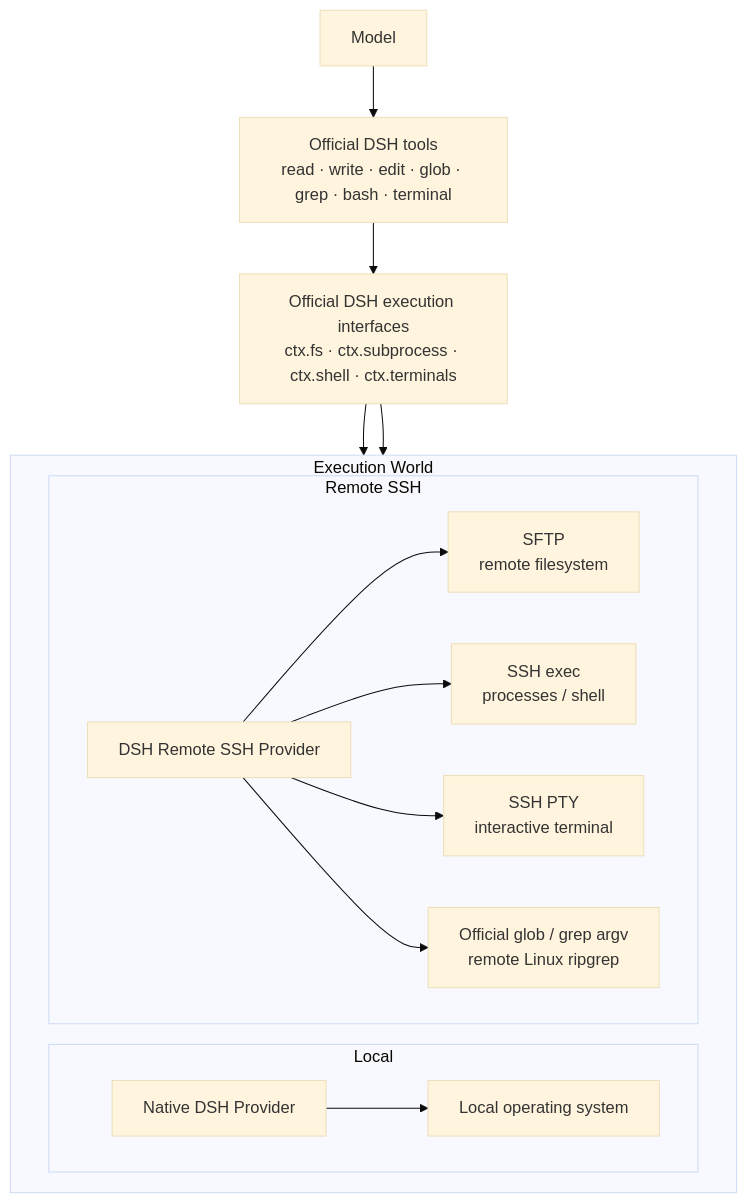
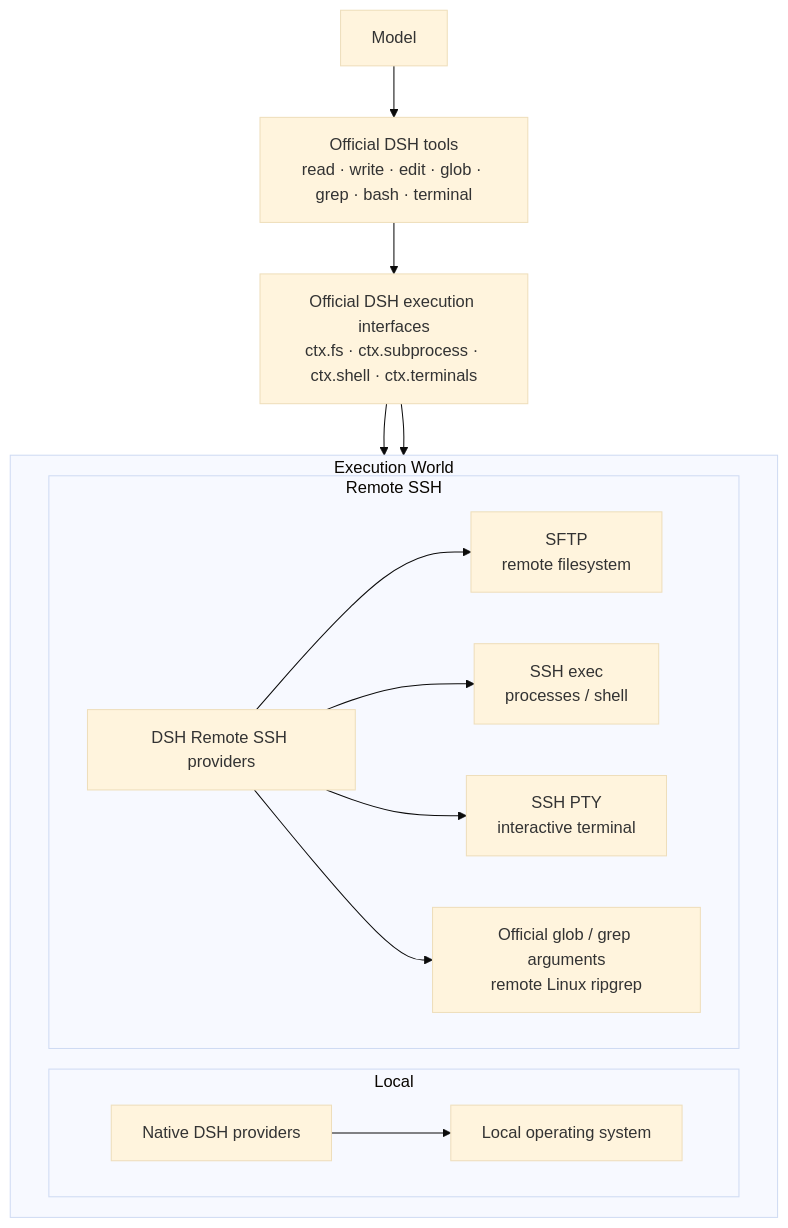
One commit to NaNQiQ/DeepSeek-Harness-remote-ssh changed the diagram in README.md. Above: the diagram before and after it, drawn with Mermaid (base theme). The commit also changed other lines of this file and 10 other files, not shown here.

````diff
--- a/README.md
+++ b/README.md
@@ -89,34 +47,34 @@
 ```mermaid
 flowchart TB
     M[Model]
     T[Official DSH tools<br/>read · write · edit · glob · grep · bash · terminal]
     I[Official DSH execution interfaces<br/>ctx.fs · ctx.subprocess · ctx.shell · ctx.terminals]
 
     M --> T --> I
 
     subgraph W[Execution World]
         direction LR
 
         subgraph L[Local]
-            LP[Native DSH Provider]
+            LP[Native DSH providers]
             LOS[Local operating system]
             LP --> LOS
         end
 
         subgraph R[Remote SSH]
-            RP[DSH Remote SSH Provider]
+            RP[DSH Remote SSH providers]
             FS[SFTP<br/>remote filesystem]
             EX[SSH exec<br/>processes / shell]
             PTY[SSH PTY<br/>interactive terminal]
-            RG[Official glob / grep argv<br/>remote Linux ripgrep]
+            RG[Official glob / grep arguments<br/>remote Linux ripgrep]
 
             RP --> FS
             RP --> EX
             RP --> PTY
             RP --> RG
         end
     end
 
     I --> LP
     I --> RP
 ```
````
